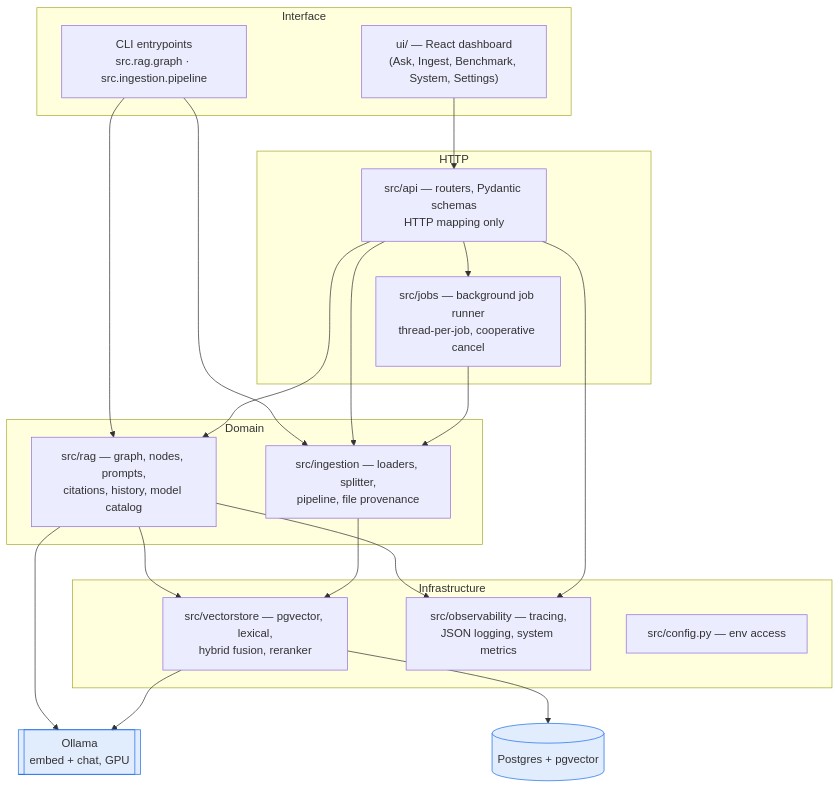
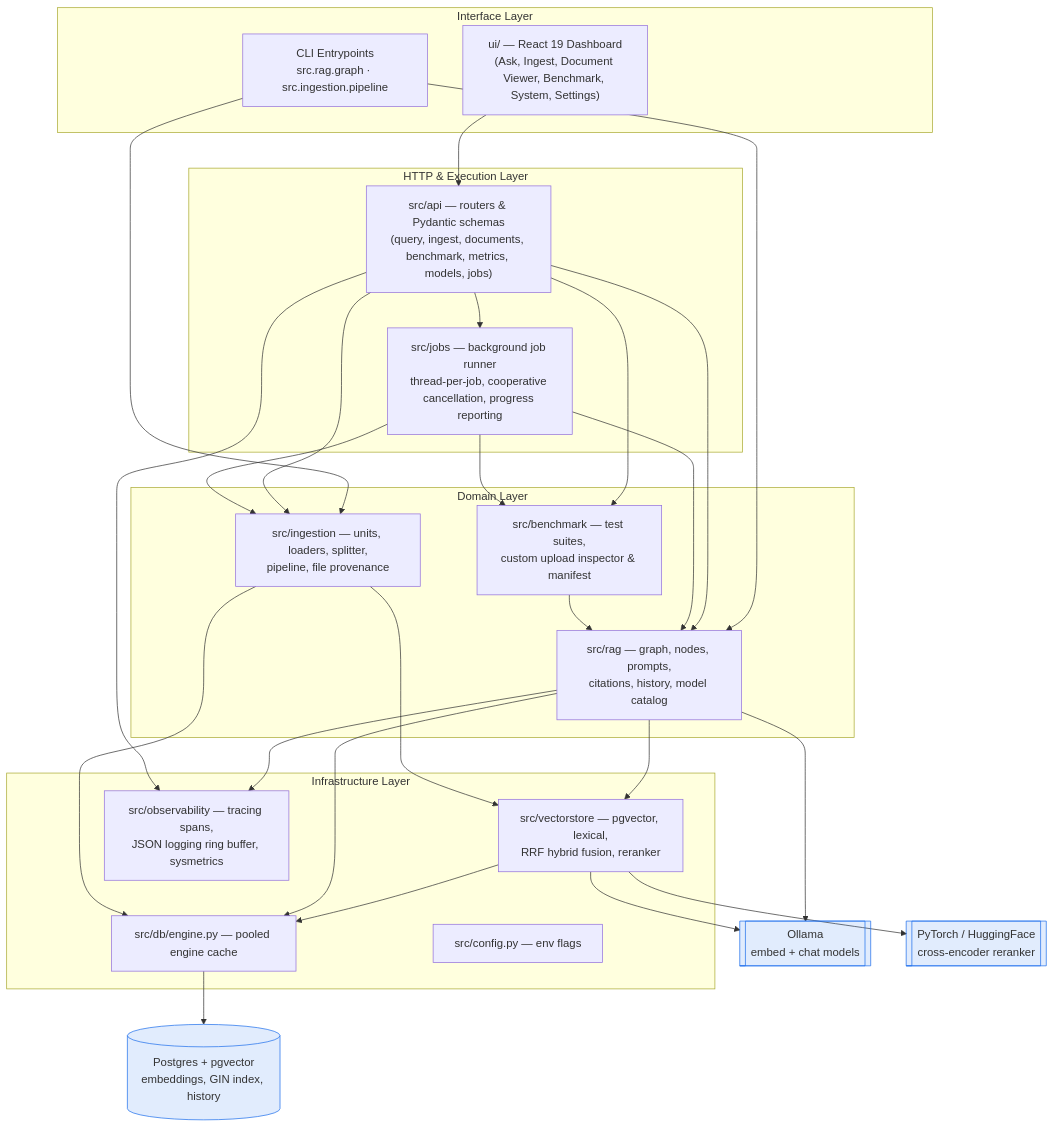
The first of 3 diagrams in ARCHITECTURE.md (sroshan106/rag-trainer), drawn with Mermaid before and after one commit. The commit also changed other lines of this file and 49 other files, not shown here.

Commit message:
feat(ui): enhance RAG Engine UI with new features and improvement

````diff
--- a/ARCHITECTURE.md
+++ b/ARCHITECTURE.md
@@ -19,44 +27,55 @@
 ```mermaid
 flowchart TB
-    subgraph L4["Interface"]
-        UI["ui/ — React dashboard<br/>(Ask, Ingest, Benchmark, System, Settings)"]
-        CLI["CLI entrypoints<br/>src.rag.graph · src.ingestion.pipeline"]
+    subgraph L4["Interface Layer"]
+        UI["ui/ — React 19 Dashboard<br/>(Ask, Ingest, Document Viewer, Benchmark, System, Settings)"]
+        CLI["CLI Entrypoints<br/>src.rag.graph · src.ingestion.pipeline"]
     end
 
-    subgraph L3["HTTP"]
-        API["src/api — routers, Pydantic schemas<br/>HTTP mapping only"]
-        JOBS["src/jobs — background job runner<br/>thread-per-job, cooperative cancel"]
+    subgraph L3["HTTP & Execution Layer"]
+        API["src/api — routers & Pydantic schemas<br/>(query, ingest, documents, benchmark, metrics, models, jobs)"]
+        JOBS["src/jobs — background job runner<br/>thread-per-job, cooperative cancellation, progress reporting"]
     end
 
-    subgraph L2["Domain"]
+    subgraph L2["Domain Layer"]
         RAG["src/rag — graph, nodes, prompts,<br/>citations, history, model catalog"]
-        ING["src/ingestion — loaders, splitter,<br/>pipeline, file provenance"]
+        ING["src/ingestion — units, loaders, splitter,<br/>pipeline, file provenance"]
+        BENCH["src/benchmark — test suites,<br/>custom upload inspector & manifest"]
     end
 
-    subgraph L1["Infrastructure"]
-        VS["src/vectorstore — pgvector, lexical,<br/>hybrid fusion, reranker"]
-        OBS["src/observability — tracing,<br/>JSON logging, system metrics"]
-        CFG["src/config.py — env access"]
+    subgraph L1["Infrastructure Layer"]
+        VS["src/vectorstore — pgvector, lexical,<br/>RRF hybrid fusion, reranker"]
+        OBS["src/observability — tracing spans,<br/>JSON logging ring buffer, sysmetrics"]
+        DB["src/db/engine.py — pooled engine cache"]
+        CFG["src/config.py — env flags"]
     end
 
-    PG[("Postgres + pgvector")]
-    OLL[["Ollama<br/>embed + chat, GPU"]]
+    PG[("Postgres + pgvector<br/>embeddings, GIN index, history")]
+    OLL[["Ollama<br/>embed + chat models"]]
+    HF[["PyTorch / HuggingFace<br/>cross-encoder reranker"]]
 
     UI --> API
     CLI --> RAG
     CLI --> ING
     API --> JOBS
     API --> RAG
     API --> ING
+    API --> BENCH
     JOBS --> ING
+    JOBS --> BENCH
+    JOBS --> RAG
     RAG --> VS
     ING --> VS
-    VS --> PG
+    BENCH --> RAG
+    VS --> DB
+    RAG --> DB
+    ING --> DB
+    DB --> PG
+    VS --> OLL
     RAG --> OLL
-    VS --> OLL
+    VS --> HF
     RAG --> OBS
     API --> OBS
 
     classDef store fill:#1f6feb22,stroke:#1f6feb
-    class PG,OLL store
+    class PG,OLL,HF store
 ```
````
